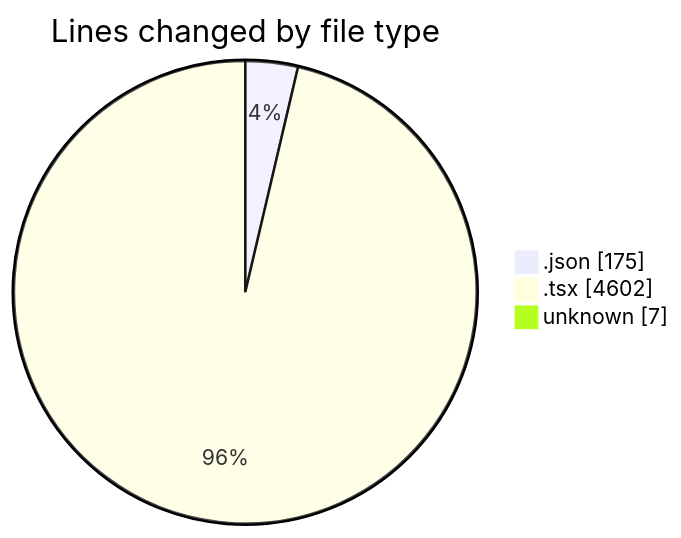
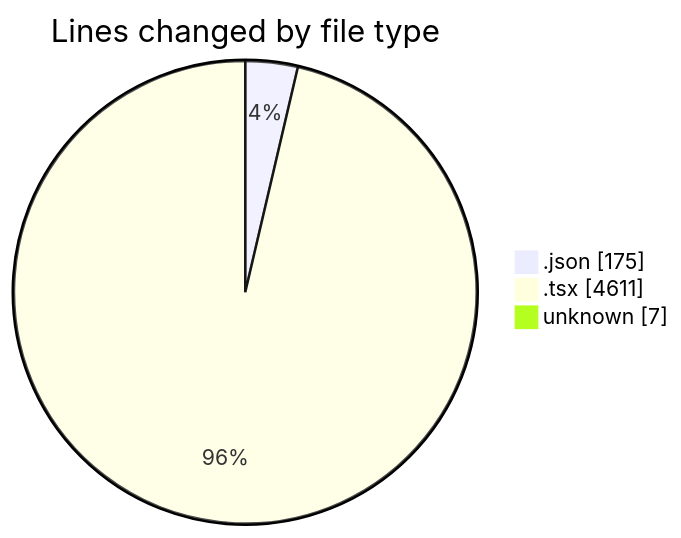
Before and after one commit to 3Nya3/code-tracking: the first of 2 diagrams in 2024-12-31/nyah/README.md, drawn with Mermaid. The commit also changed other lines of this file and 1 other file, not shown here.

````diff
--- a/2024-12-31/nyah/README.md
+++ b/2024-12-31/nyah/README.md
@@ -23,7 +23,7 @@
 ```mermaid
 pie showData
 title Lines changed by file type
 ".json" : 175
-".tsx" : 4602
+".tsx" : 4611
 "unknown" : 7
 ```
````
